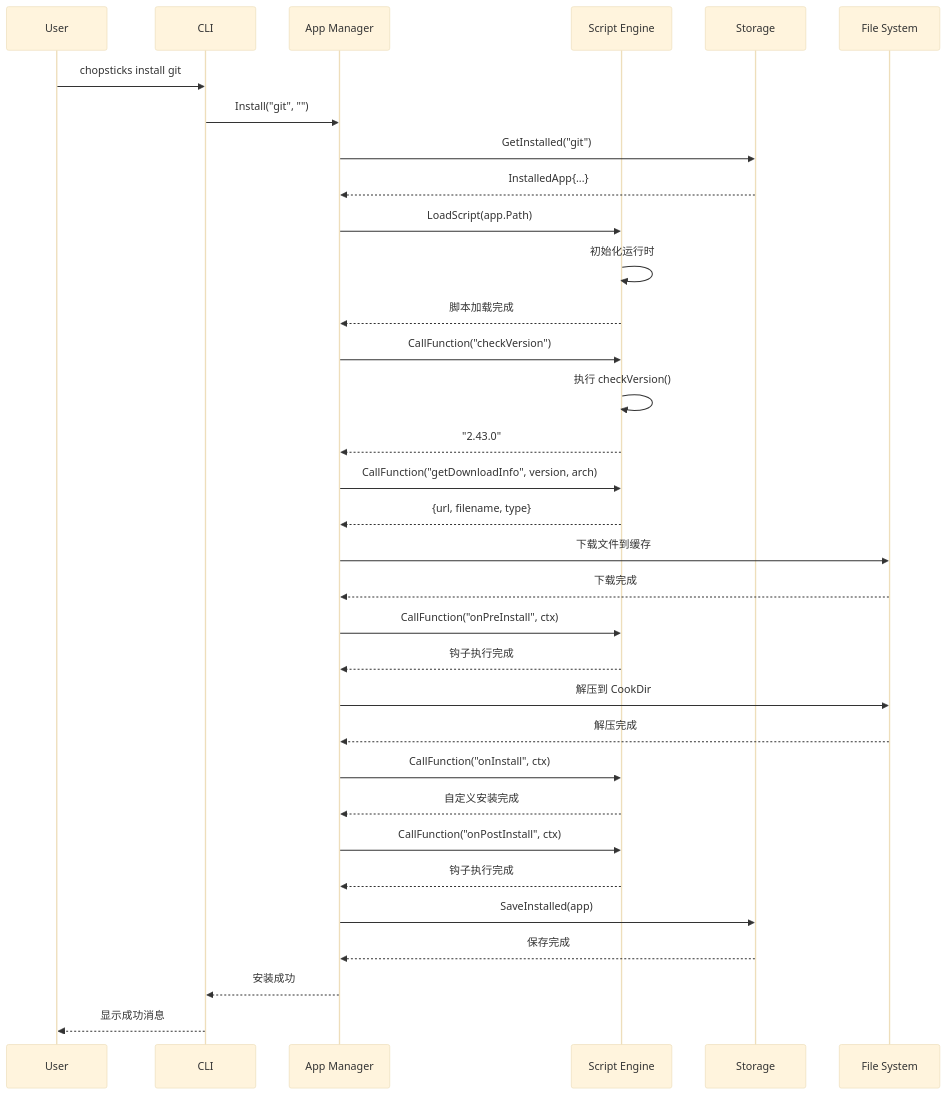
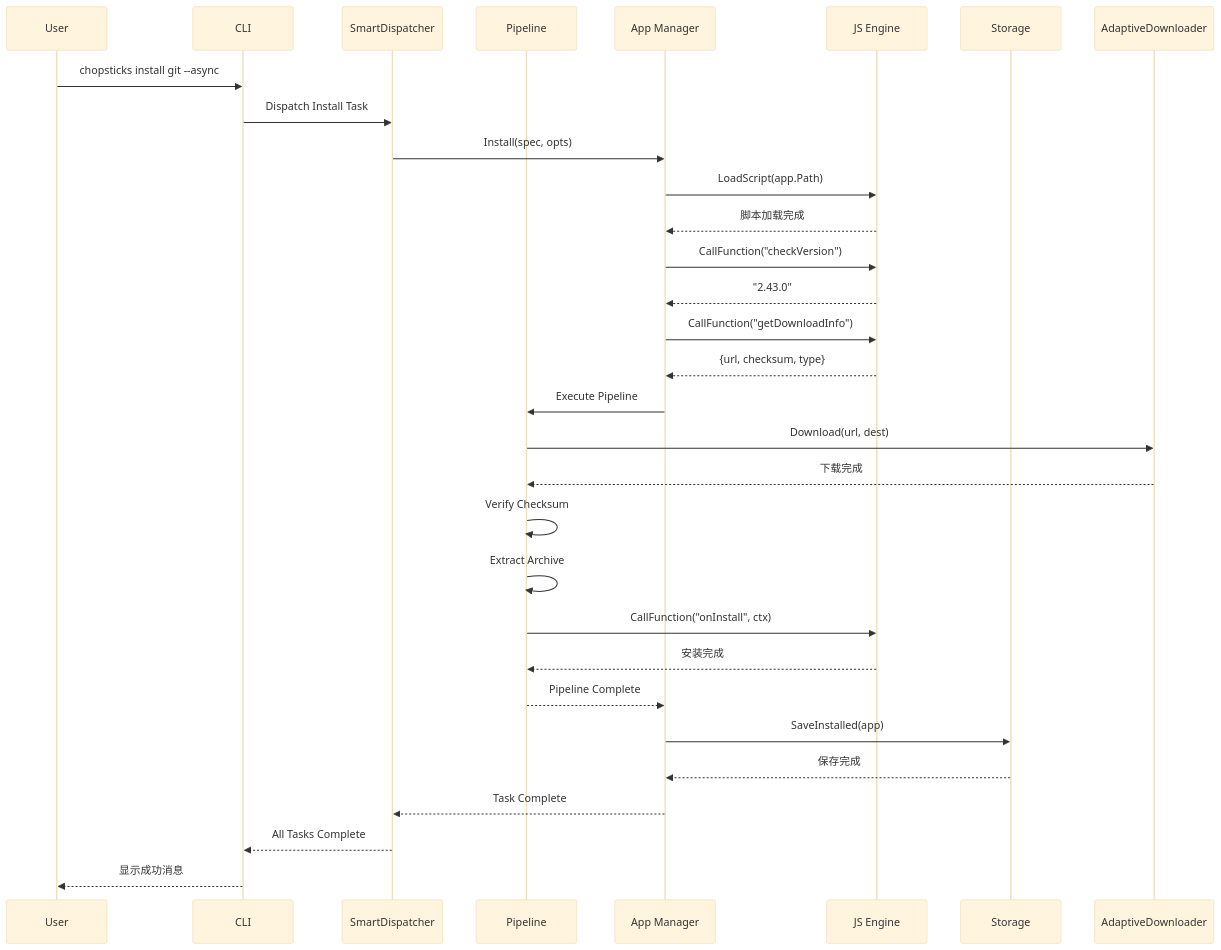
Before and after one commit to morning-start/chopsticks: the fourth of 5 diagrams in wiki/ARCHITECTURE.md, drawn with Mermaid (base theme). The commit also changed other lines of this file and 5 other files, not shown here.

````diff
--- a/wiki/ARCHITECTURE.md
+++ b/wiki/ARCHITECTURE.md
@@ -693,46 +739,43 @@
 ```mermaid
 sequenceDiagram
     participant User
     participant CLI
+    participant Dispatcher as SmartDispatcher
+    participant Pipeline as Pipeline
     participant AppMgr as App Manager
-    participant Engine as Script Engine
+    participant Engine as JS Engine
     participant Store as Storage
-    participant FS as File System
+    participant Downloader as AdaptiveDownloader
 
-    User->>CLI: chopsticks install git
-    CLI->>AppMgr: Install("git", "")
-    AppMgr->>Store: GetInstalled("git")
-    Store-->>AppMgr: InstalledApp{...}
-
+    User->>CLI: chopsticks install git --async
+    CLI->>Dispatcher: Dispatch Install Task
+    Dispatcher->>AppMgr: Install(spec, opts)
+    
     AppMgr->>Engine: LoadScript(app.Path)
-    Engine->>Engine: 初始化运行时
     Engine-->>AppMgr: 脚本加载完成
-
+    
     AppMgr->>Engine: CallFunction("checkVersion")
-    Engine->>Engine: 执行 checkVersion()
     Engine-->>AppMgr: "2.43.0"
-
-    AppMgr->>Engine: CallFunction("getDownloadInfo", version, arch)
-    Engine-->>AppMgr: {url, filename, type}
-
-    AppMgr->>FS: 下载文件到缓存
-    FS-->>AppMgr: 下载完成
-
-    AppMgr->>Engine: CallFunction("onPreInstall", ctx)
-    Engine-->>AppMgr: 钩子执行完成
-
-    AppMgr->>FS: 解压到 CookDir
-    FS-->>AppMgr: 解压完成
-
-    AppMgr->>Engine: CallFunction("onInstall", ctx)
-    Engine-->>AppMgr: 自定义安装完成
-
-    AppMgr->>Engine: CallFunction("onPostInstall", ctx)
-    Engine-->>AppMgr: 钩子执行完成
-
+    
+    AppMgr->>Engine: CallFunction("getDownloadInfo")
+    Engine-->>AppMgr: {url, checksum, type}
+    
+    AppMgr->>Pipeline: Execute Pipeline
+    
+    Pipeline->>Downloader: Download(url, dest)
+    Downloader-->>Pipeline: 下载完成
+    
+    Pipeline->>Pipeline: Verify Checksum
+    Pipeline->>Pipeline: Extract Archive
+    
+    Pipeline->>Engine: CallFunction("onInstall", ctx)
+    Engine-->>Pipeline: 安装完成
+    
+    Pipeline-->>AppMgr: Pipeline Complete
     AppMgr->>Store: SaveInstalled(app)
     Store-->>AppMgr: 保存完成
-
-    AppMgr-->>CLI: 安装成功
+    
+    AppMgr-->>Dispatcher: Task Complete
+    Dispatcher-->>CLI: All Tasks Complete
     CLI-->>User: 显示成功消息
 ```
````
